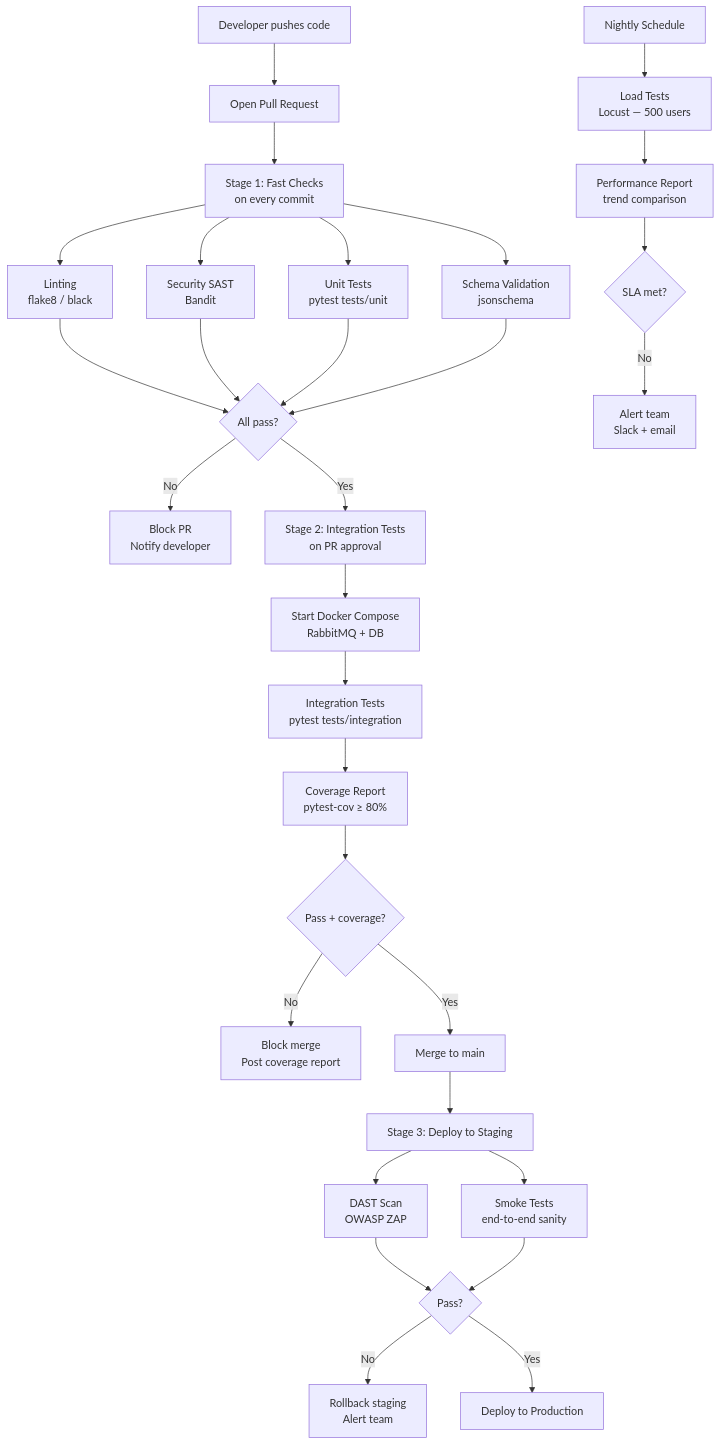
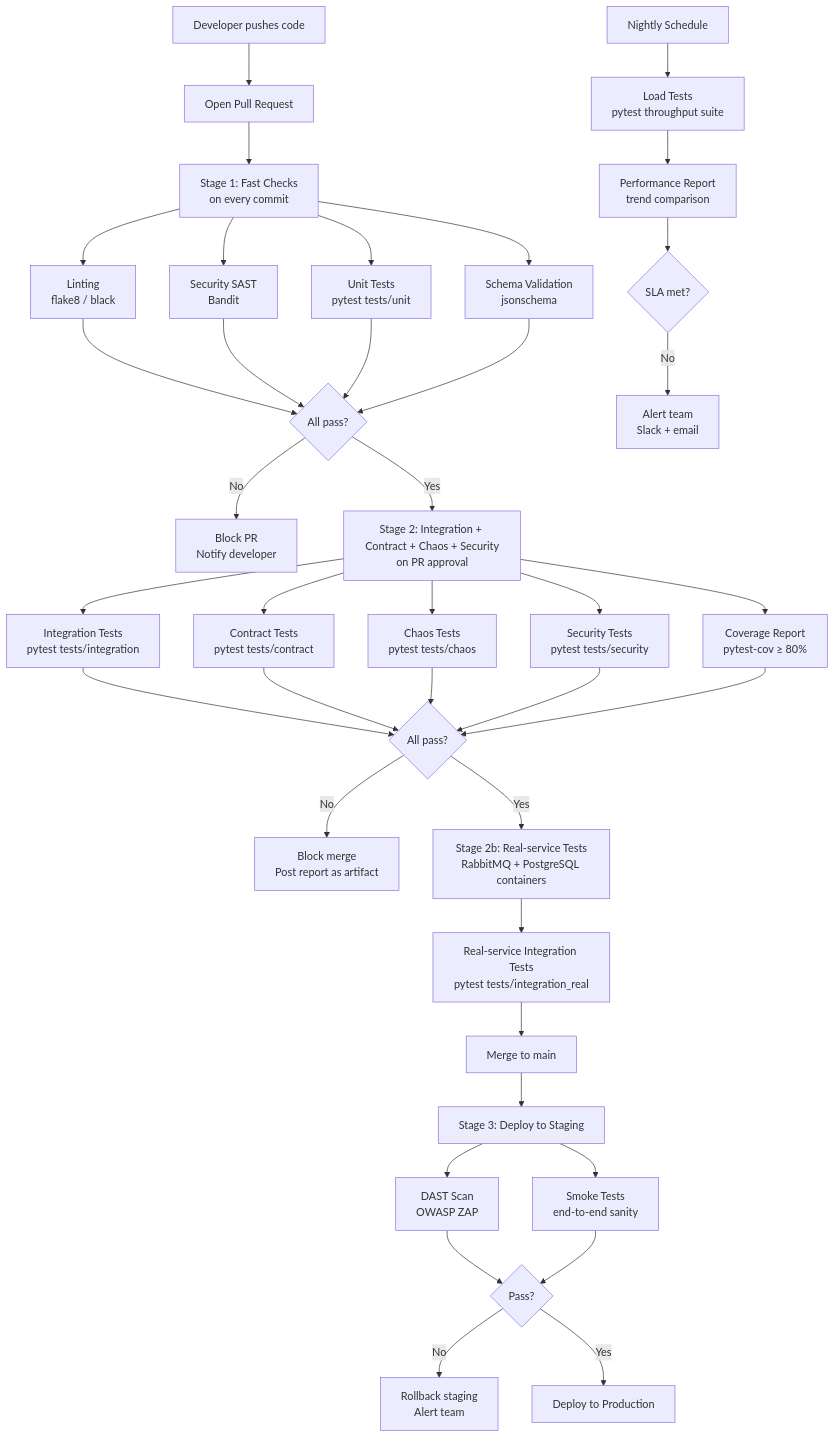
One commit to dordikman/Automation-QA-Home-Assignment- changed the third of 4 diagrams in design.md. Above: the diagram before and after it, drawn with Mermaid. The commit also changed other lines of this file, not shown here.

````diff
--- a/design.md
+++ b/design.md
@@ -333,35 +520,40 @@
 ```mermaid
 flowchart TD
     DEV[Developer pushes code] --> PR[Open Pull Request]
 
     PR --> STAGE1[Stage 1: Fast Checks\non every commit]
     STAGE1 --> LINT[Linting\nflake8 / black]
     STAGE1 --> SAST[Security SAST\nBandit]
     STAGE1 --> UNIT[Unit Tests\npytest tests/unit]
     STAGE1 --> SCHEMA[Schema Validation\njsonschema]
 
     LINT & SAST & UNIT & SCHEMA --> GATE1{All pass?}
     GATE1 -->|No| FAIL1[Block PR\nNotify developer]
-    GATE1 -->|Yes| STAGE2[Stage 2: Integration Tests\non PR approval]
+    GATE1 -->|Yes| STAGE2[Stage 2: Integration + Contract + Chaos + Security\non PR approval]
 
-    STAGE2 --> COMPOSE[Start Docker Compose\nRabbitMQ + DB]
-    COMPOSE --> INTTEST[Integration Tests\npytest tests/integration]
-    INTTEST --> COVERAGE[Coverage Report\npytest-cov ≥ 80%]
+    STAGE2 --> INTTEST[Integration Tests\npytest tests/integration]
+    STAGE2 --> CONTRACT[Contract Tests\npytest tests/contract]
+    STAGE2 --> CHAOS[Chaos Tests\npytest tests/chaos]
+    STAGE2 --> SECTEST[Security Tests\npytest tests/security]
+    STAGE2 --> COVERAGE[Coverage Report\npytest-cov ≥ 80%]
 
-    COVERAGE --> GATE2{Pass + coverage?}
-    GATE2 -->|No| FAIL2[Block merge\nPost coverage report]
-    GATE2 -->|Yes| MERGE[Merge to main]
+    INTTEST & CONTRACT & CHAOS & SECTEST & COVERAGE --> GATE2{All pass?}
+    GATE2 -->|No| FAIL2[Block merge\nPost report as artifact]
+    GATE2 -->|Yes| STAGE2B[Stage 2b: Real-service Tests\nRabbitMQ + PostgreSQL containers]
+
+    STAGE2B --> REALTEST[Real-service Integration Tests\npytest tests/integration_real]
+    REALTEST --> MERGE[Merge to main]
 
     MERGE --> STAGE3[Stage 3: Deploy to Staging]
     STAGE3 --> DAST[DAST Scan\nOWASP ZAP]
     STAGE3 --> SMOKE[Smoke Tests\nend-to-end sanity]
 
     DAST & SMOKE --> GATE3{Pass?}
     GATE3 -->|No| ROLLBACK[Rollback staging\nAlert team]
     GATE3 -->|Yes| DEPLOY[Deploy to Production]
 
-    NIGHTLY[Nightly Schedule] --> LOAD[Load Tests\nLocust — 500 users]
+    NIGHTLY[Nightly Schedule] --> LOAD[Load Tests\npytest throughput suite]
     LOAD --> PERF_REPORT[Performance Report\ntrend comparison]
     PERF_REPORT --> PERF_GATE{SLA met?}
     PERF_GATE -->|No| PERF_ALERT[Alert team\nSlack + email]
 ```
````
